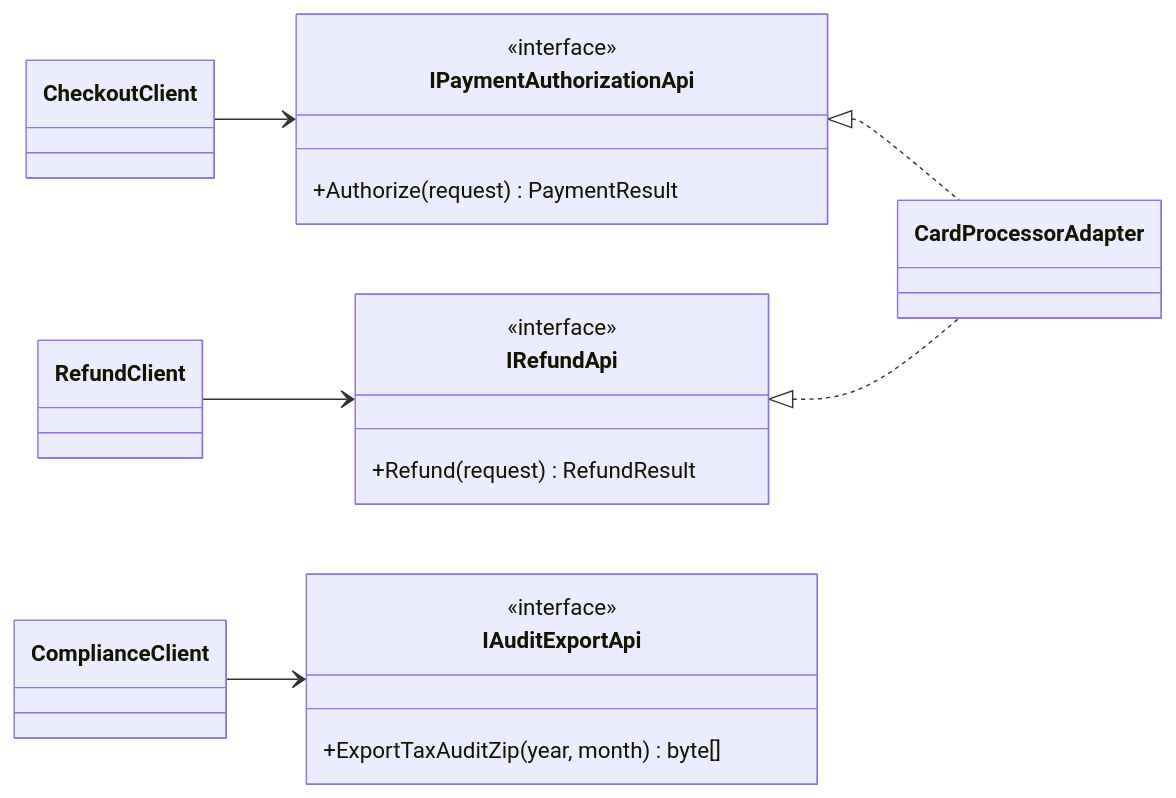
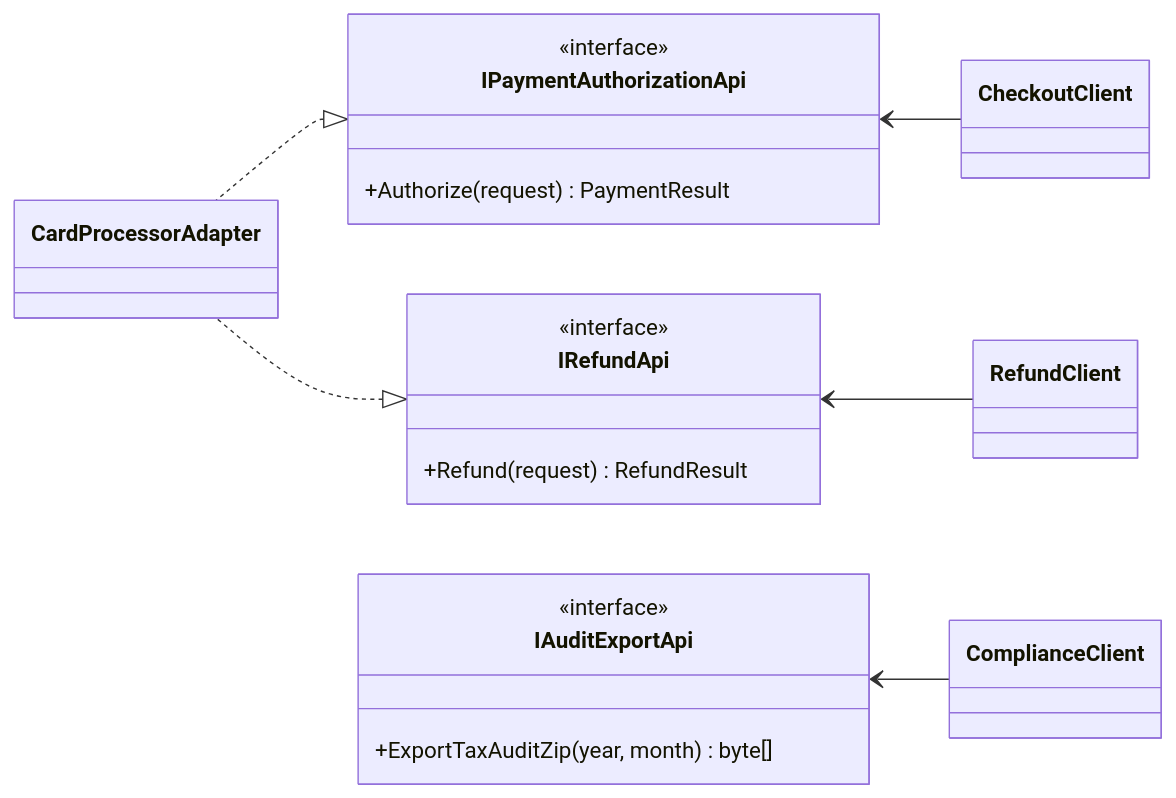
One commit to jeff-adkisson/swe-4743-spring-2026-oo-design changed the ninth of 10 diagrams in presentations/07-interface-segregation-principle.md. Above: the diagram before and after it, drawn with Mermaid. The commit also changed other lines of this file, not shown here.

Commit message:
Updated mermaid flow direction

````diff
--- a/presentations/07-interface-segregation-principle.md
+++ b/presentations/07-interface-segregation-principle.md
@@ -1353,30 +1377,30 @@
 ```mermaid
 classDiagram
-direction LR
+direction RL
 
 class IPaymentAuthorizationApi {
   <<interface>>
   +Authorize(request) PaymentResult
 }
 
 class IRefundApi {
   <<interface>>
   +Refund(request) RefundResult
 }
 
 class IAuditExportApi {
   <<interface>>
   +ExportTaxAuditZip(year, month) byte[]
 }
 
 class CheckoutClient
 class RefundClient
 class ComplianceClient
 class CardProcessorAdapter
 
 CheckoutClient --> IPaymentAuthorizationApi
 RefundClient --> IRefundApi
 ComplianceClient --> IAuditExportApi
 IPaymentAuthorizationApi <|.. CardProcessorAdapter
 IRefundApi <|.. CardProcessorAdapter
 ```
````
